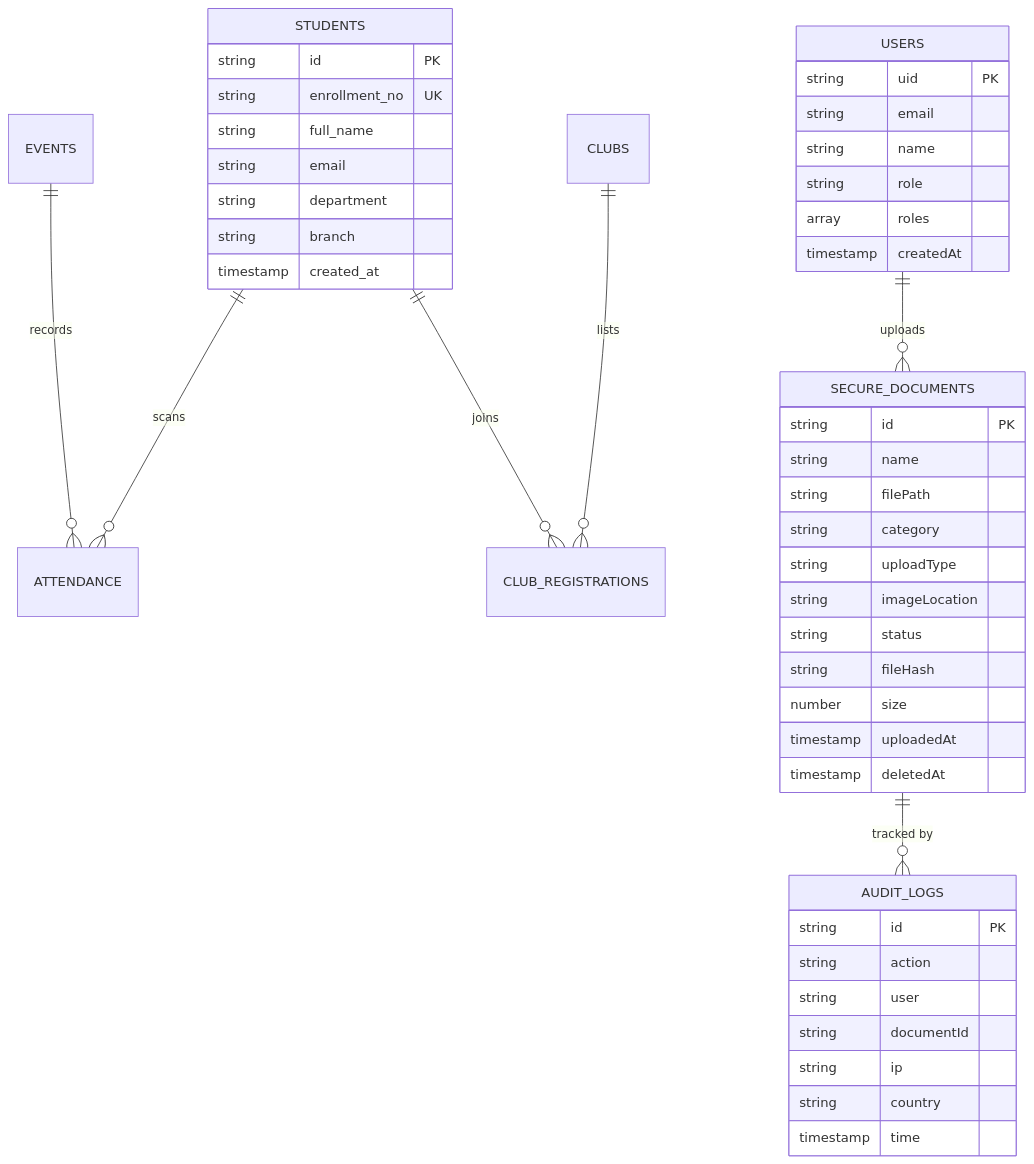
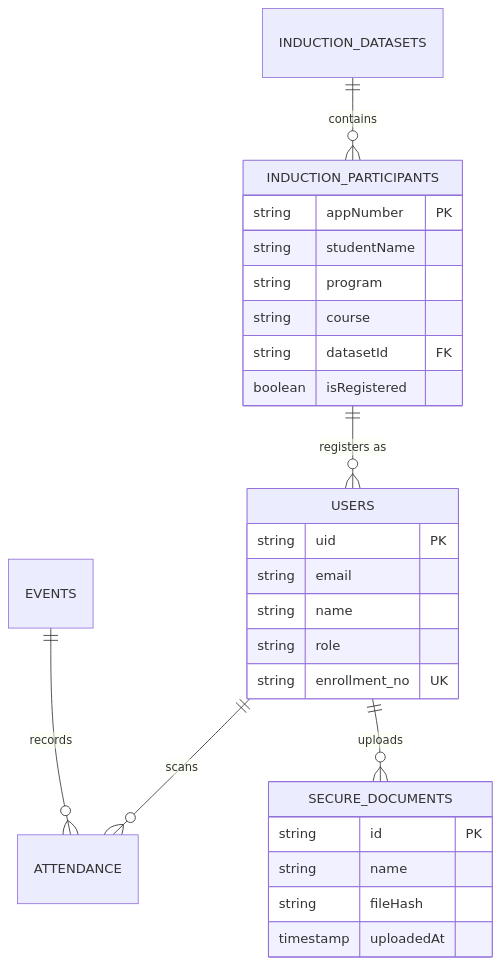
One commit to MRINALPRAKASHFSD/Induction-Program changed the fifth of 7 diagrams in README.md. Above: the diagram before and after it, drawn with Mermaid. The commit also changed other lines of this file, not shown here.

Commit message:
docs: update README with Fast Track and Upstash architecture

````diff
--- a/README.md
+++ b/README.md
@@ -183,52 +170,32 @@
 ```mermaid
 erDiagram
-    STUDENTS ||--o{ ATTENDANCE : "scans"
+    INDUCTION_DATASETS ||--o{ INDUCTION_PARTICIPANTS : "contains"
+    INDUCTION_PARTICIPANTS ||--o{ USERS : "registers as"
+    USERS ||--o{ ATTENDANCE : "scans"
     EVENTS ||--o{ ATTENDANCE : "records"
-    CLUBS ||--o{ CLUB_REGISTRATIONS : "lists"
-    STUDENTS ||--o{ CLUB_REGISTRATIONS : "joins"
     USERS ||--o{ SECURE_DOCUMENTS : "uploads"
-    SECURE_DOCUMENTS ||--o{ AUDIT_LOGS : "tracked by"
 
-    STUDENTS {
-        string id PK
-        string enrollment_no UK
-        string full_name
-        string email
-        string department
-        string branch
-        timestamp created_at
-    }
-
-    SECURE_DOCUMENTS {
-        string id PK
-        string name
-        string filePath
-        string category
-        string uploadType
-        string imageLocation
-        string status
-        string fileHash
-        number size
-        timestamp uploadedAt
-        timestamp deletedAt
+    INDUCTION_PARTICIPANTS {
+        string appNumber PK
+        string studentName
+        string program
+        string course
+        string datasetId FK
+        boolean isRegistered
     }
 
     USERS {
         string uid PK
         string email
         string name
         string role
-        array roles
-        timestamp createdAt
+        string enrollment_no UK
     }
 
-    AUDIT_LOGS {
+    SECURE_DOCUMENTS {
         string id PK
-        string action
-        string user
-        string documentId
-        string ip
-        string country
-        timestamp time
+        string name
+        string fileHash
+        timestamp uploadedAt
     }
 ```
````
